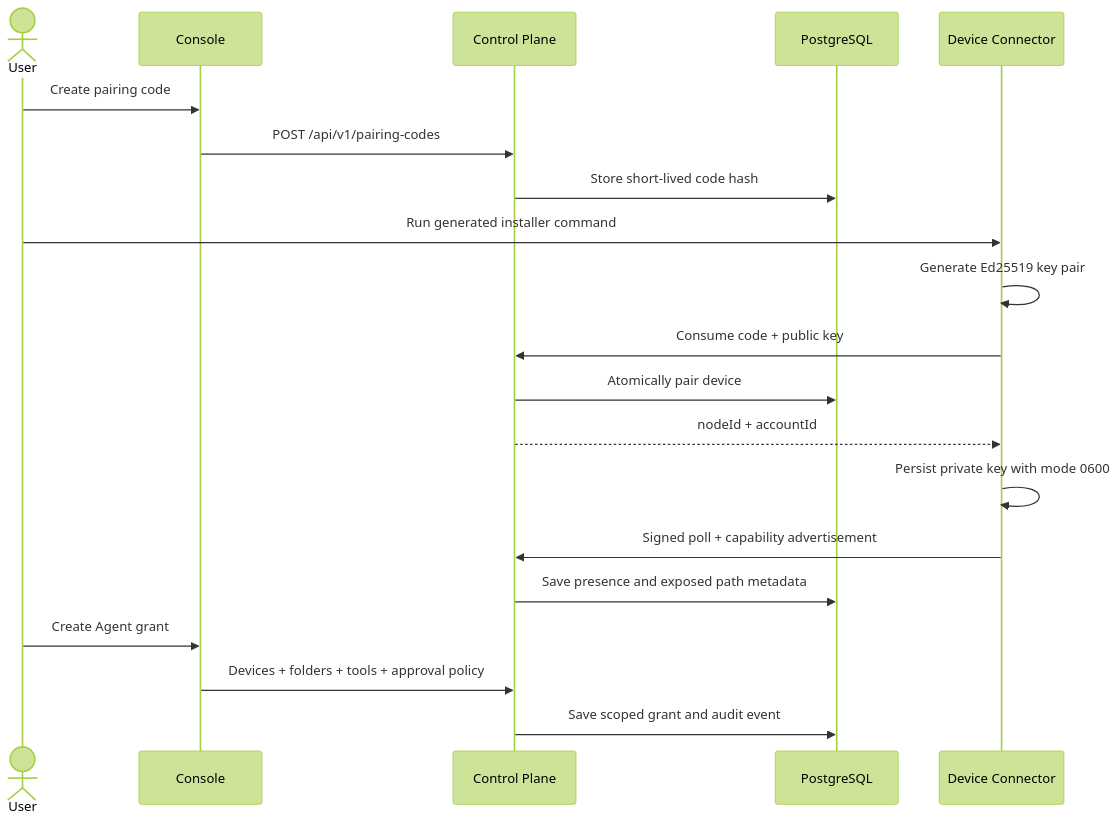
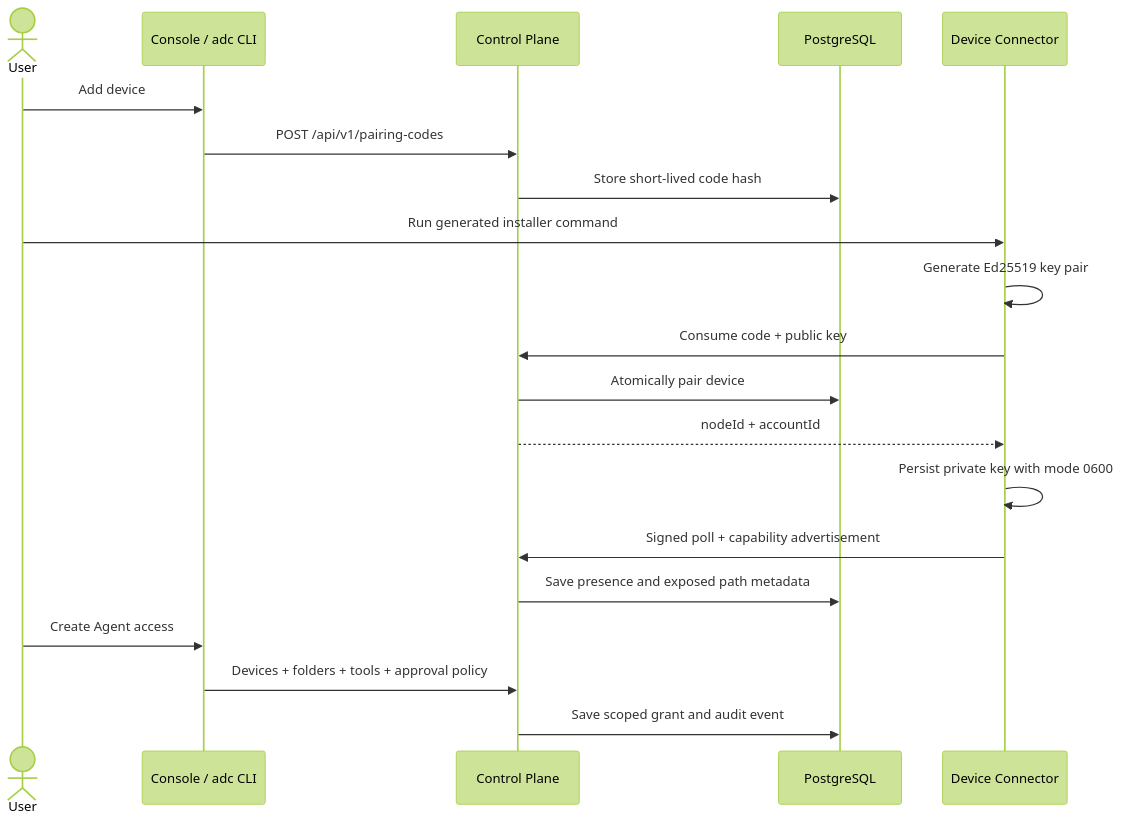
One commit to 2812427914/agent-device-cloud changed the second of 8 diagrams in docs/system-architecture.md. Above: the diagram before and after it, drawn with Mermaid (forest theme). The commit also changed other lines of this file and 18 other files, not shown here.

Commit message:
feat: add CLI-first device management

````diff
--- a/docs/system-architecture.md
+++ b/docs/system-architecture.md
@@ -74,23 +74,23 @@
 ```mermaid
 sequenceDiagram
   actor User
-  participant Console
+  participant Manage as Console / adc CLI
   participant CP as Control Plane
   participant DB as PostgreSQL
   participant Node as Device Connector
 
-  User->>Console: Create pairing code
-  Console->>CP: POST /api/v1/pairing-codes
+  User->>Manage: Add device
+  Manage->>CP: POST /api/v1/pairing-codes
   CP->>DB: Store short-lived code hash
   User->>Node: Run generated installer command
   Node->>Node: Generate Ed25519 key pair
   Node->>CP: Consume code + public key
   CP->>DB: Atomically pair device
   CP-->>Node: nodeId + accountId
   Node->>Node: Persist private key with mode 0600
   Node->>CP: Signed poll + capability advertisement
   CP->>DB: Save presence and exposed path metadata
-  User->>Console: Create Agent grant
-  Console->>CP: Devices + folders + tools + approval policy
+  User->>Manage: Create Agent access
+  Manage->>CP: Devices + folders + tools + approval policy
   CP->>DB: Save scoped grant and audit event
 ```
````
